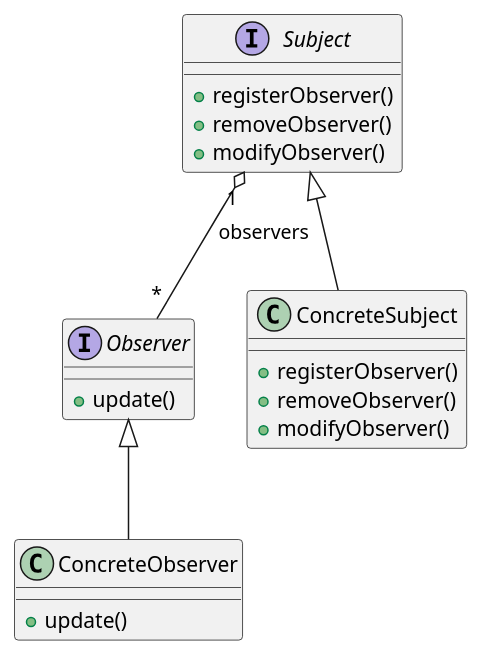
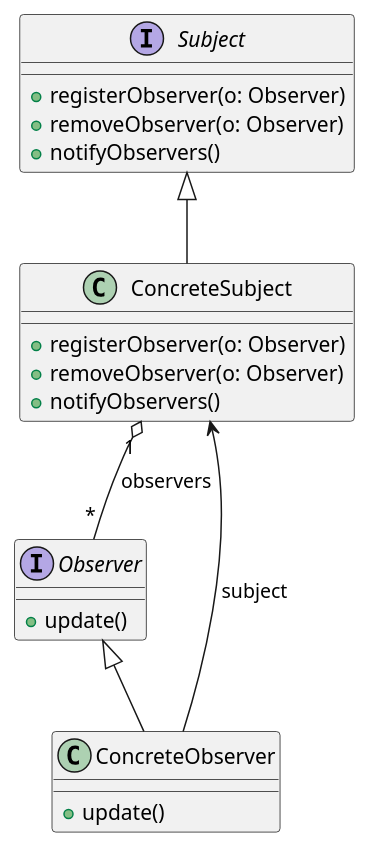
Before and after one commit to huyhai1994/leetcode: the diagram in src/main/java/observer_pattern/ObserverPattern.puml, drawn with PlantUML. The commit also changed 3 other files, not shown here.

Commit message:
Refactor CurrentConditionsDisplay and StatisticsDisplay to use Subject interface; update ObserverPattern.puml for clarity

```diff
--- a/src/main/java/observer_pattern/ObserverPattern.puml
+++ b/src/main/java/observer_pattern/ObserverPattern.puml
@@ -1,35 +1,29 @@
 @startuml
 
-interface Subject
-interface Observer
+interface Subject {
+    +registerObserver(o: Observer)
+    +removeObserver(o: Observer)
+    +notifyObservers()
+}
 
-class ConcreteSubject
-class ConcreteObserver
+interface Observer {
+    +update()
+}
+
+class ConcreteSubject {
+    +registerObserver(o: Observer)
+    +removeObserver(o: Observer)
+    +notifyObservers()
+}
+
+class ConcreteObserver {
+    +update()
+}
+
 Subject <|-- ConcreteSubject
 Observer <|-- ConcreteObserver
 
-interface Subject{
-    +registerObserver()
-    +removeObserver()
-    +modifyObserver()
-}
-
-interface Observer{
-    +update()
-}
-
-class ConcreteSubject{
-    +registerObserver()
-    +removeObserver()
-    +modifyObserver()
-}
-
-class ConcreteObserver{
-    +update()
-}
-
-Subject "1" o-- "*" Observer: observers
-
-
+ConcreteSubject "1" o-- "*" Observer : observers
+ConcreteObserver --> ConcreteSubject : subject
 
 @enduml
```
